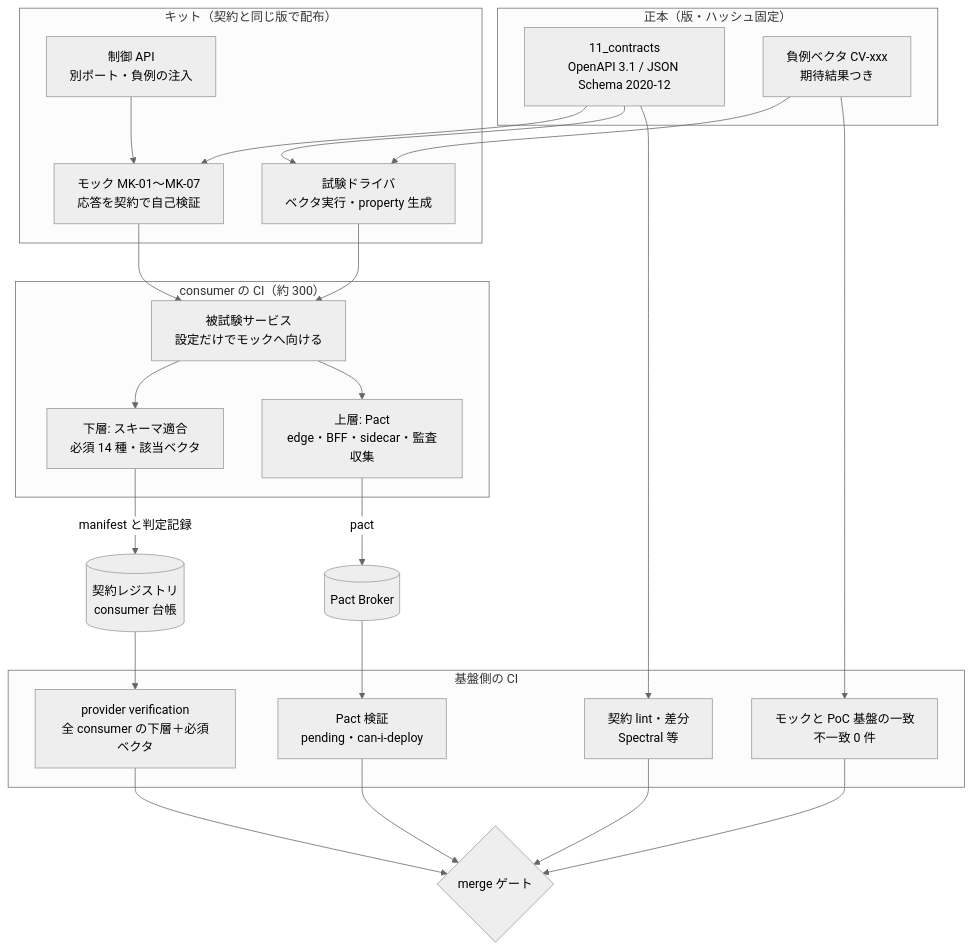
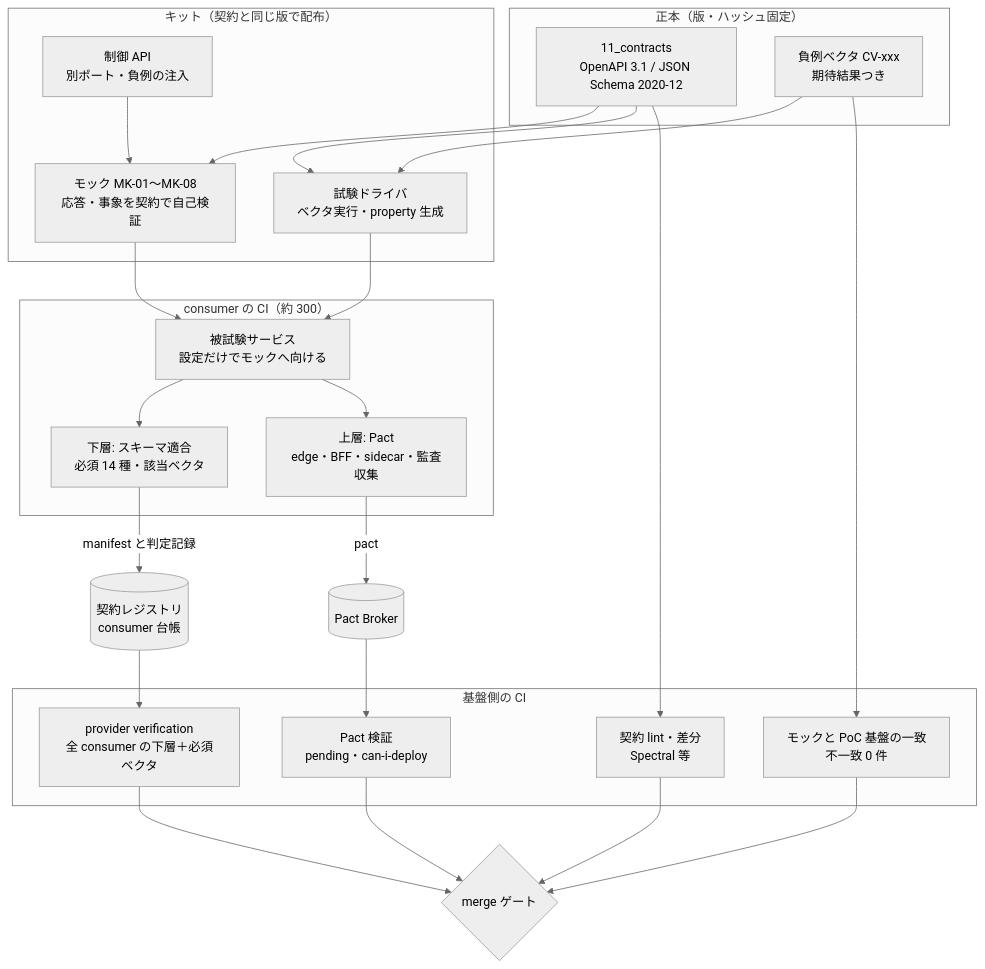
One commit to Takenori-Kusaka/auth-stack changed the first of 4 diagrams in 11_contracts/mock-contract-test-kit.md. Above: the diagram before and after it, drawn with Mermaid (neutral theme). The commit also changed other lines of this file and 68 other files, not shown here.

````diff
--- a/11_contracts/mock-contract-test-kit.md
+++ b/11_contracts/mock-contract-test-kit.md
@@ -59,41 +59,41 @@
 ```mermaid
 flowchart TB
   subgraph SRC[正本（版・ハッシュ固定）]
     CT[11_contracts<br/>OpenAPI 3.1 / JSON Schema 2020-12]
     VEC[負例ベクタ CV-xxx<br/>期待結果つき]
   end
   subgraph KIT[キット（契約と同じ版で配布）]
-    MK[モック MK-01〜MK-07<br/>応答を契約で自己検証]
+    MK[モック MK-01〜MK-08<br/>応答・事象を契約で自己検証]
     DRV[試験ドライバ<br/>ベクタ実行・property 生成]
     CTRL[制御 API<br/>別ポート・負例の注入]
   end
   subgraph CON[consumer の CI（約 300）]
     SUT[被試験サービス<br/>設定だけでモックへ向ける]
     L1[下層: スキーマ適合<br/>必須 14 種・該当ベクタ]
     L2[上層: Pact<br/>edge・BFF・sidecar・監査収集]
   end
   subgraph PF[基盤側の CI]
     LINT[契約 lint・差分<br/>Spectral 等]
     PV[provider verification<br/>全 consumer の下層＋必須ベクタ]
     PACT[Pact 検証<br/>pending・can-i-deploy]
     EQ[モックと PoC 基盤の一致<br/>不一致 0 件]
   end
   CT --> MK
   CT --> DRV
   VEC --> DRV
   MK --> SUT
   DRV --> SUT
   CTRL --> MK
   SUT --> L1
   SUT --> L2
   L1 -->|manifest と判定記録| REG[(契約レジストリ<br/>consumer 台帳)]
   L2 -->|pact| BRK[(Pact Broker)]
   REG --> PV
   BRK --> PACT
   CT --> LINT
   VEC --> EQ
   LINT --> G{merge ゲート}
   PV --> G
   PACT --> G
   EQ --> G
 ```
````
